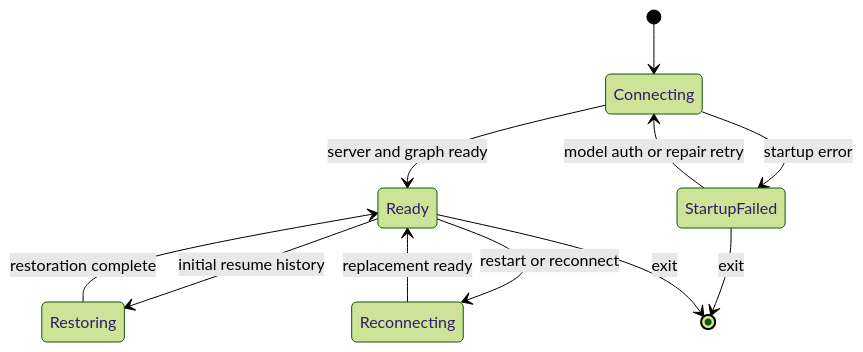
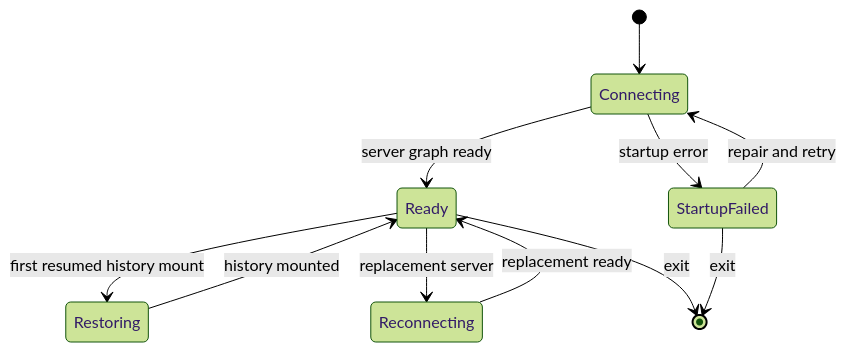
One commit to langchain-ai/deepagents changed the second of 2 diagrams in openwiki/workflows/run-dcode-session.md. Above: the diagram before and after it, drawn with Mermaid (forest theme). The commit also changed other lines of this file and 67 other files, not shown here.

````diff
--- a/openwiki/workflows/run-dcode-session.md
+++ b/openwiki/workflows/run-dcode-session.md
@@ -104,13 +124,13 @@
 ```mermaid
 stateDiagram-v2
     [*] --> Connecting
-    Connecting --> Ready: server and graph ready
+    Connecting --> Ready: server graph ready
     Connecting --> StartupFailed: startup error
-    Ready --> Restoring: initial resume history
-    Restoring --> Ready: restoration complete
-    Ready --> Reconnecting: restart or reconnect
+    Ready --> Restoring: first resumed history mount
+    Restoring --> Ready: history mounted
+    Ready --> Reconnecting: replacement server
     Reconnecting --> Ready: replacement ready
-    StartupFailed --> Connecting: model auth or repair retry
+    StartupFailed --> Connecting: repair and retry
+    Ready --> [*]: exit
     StartupFailed --> [*]: exit
-    Ready --> [*]: exit
 ```
````
